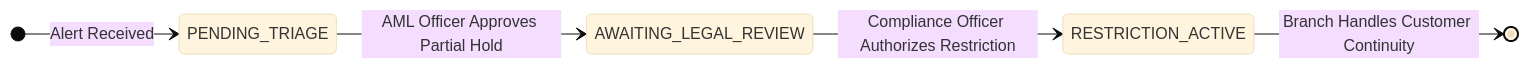
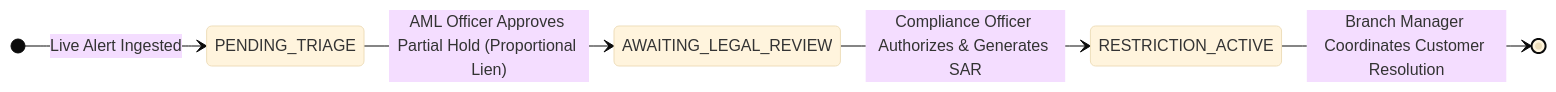
The second of 2 diagrams in README.md (bhargava562/muskets-containment-radar), drawn with Mermaid (base theme) before and after one commit. The commit also changed other lines of this file and 3 other files, not shown here.

````diff
--- a/README.md
+++ b/README.md
@@ -87,8 +170,8 @@
 ```mermaid
 stateDiagram-v2
     direction LR
-    [*] --> PENDING_TRIAGE : Alert Received
-    PENDING_TRIAGE --> AWAITING_LEGAL_REVIEW : AML Officer Approves Partial Hold
-    AWAITING_LEGAL_REVIEW --> RESTRICTION_ACTIVE : Compliance Officer Authorizes Restriction
-    RESTRICTION_ACTIVE --> [*] : Branch Handles Customer Continuity
+    [*] --> PENDING_TRIAGE : Live Alert Ingested
+    PENDING_TRIAGE --> AWAITING_LEGAL_REVIEW : AML Officer Approves Partial Hold (Proportional Lien)
+    AWAITING_LEGAL_REVIEW --> RESTRICTION_ACTIVE : Compliance Officer Authorizes & Generates SAR
+    RESTRICTION_ACTIVE --> [*] : Branch Manager Coordinates Customer Resolution
 ```
````
